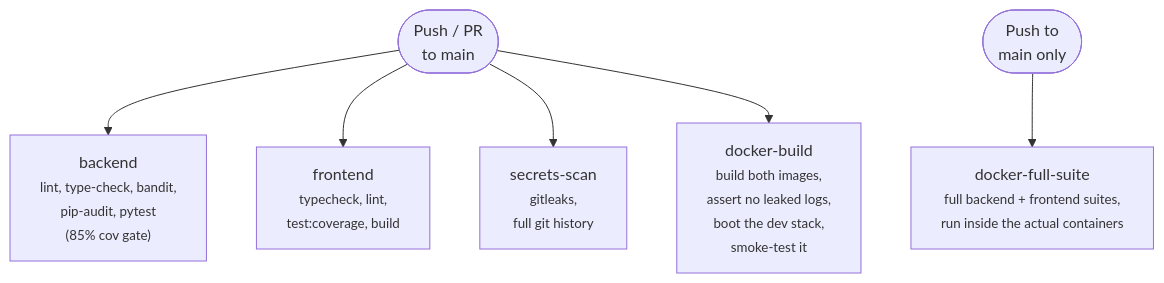
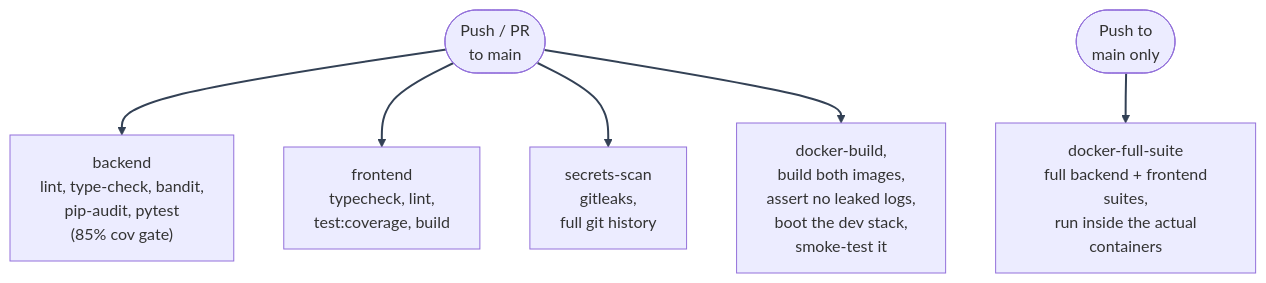
The diagram in docs/mystic_auth/cicd/overview.md (Nachiket-2024/mystic-auth), drawn with Mermaid before and after one commit. The commit also changed other lines of this file and 630 other files, not shown here.

````diff
--- a/docs/mystic_auth/cicd/overview.md
+++ b/docs/mystic_auth/cicd/overview.md
@@ -13,11 +15,13 @@
 ```mermaid
+%%{init: {"themeVariables": {"lineColor": "#334155"}} }%%
 flowchart TD
-    Trigger(["Push / PR<br/>to main"])
-    TriggerMain(["Push to<br/>main only"])
+    Trigger(["Push / PR<br/> to main"])
+    TriggerMain(["Push to<br/> main only"])
 
-    Trigger --> Backend["backend<br/><small>lint, type-check, bandit,<br/>pip-audit, pytest<br/>(85% cov gate)</small>"]
-    Trigger --> Frontend["frontend<br/><small>typecheck, lint,<br/>test:coverage, build</small>"]
-    Trigger --> Secrets["secrets-scan<br/><small>gitleaks,<br/>full git history</small>"]
-    Trigger --> DockerBuild["docker-build<br/><small>build both images,<br/>assert no leaked logs,<br/>boot the dev stack,<br/>smoke-test it</small>"]
-    TriggerMain --> DockerFullSuite["docker-full-suite<br/><small>full backend + frontend suites,<br/>run inside the actual containers</small>"]
+    Trigger --> Backend["backend<br/> lint, type-check, bandit,<br/> pip-audit, pytest<br/> (85% cov gate)"]
+    Trigger --> Frontend["frontend<br/> typecheck, lint,<br/> test:coverage, build"]
+    Trigger --> Secrets["secrets-scan<br/> gitleaks,<br/> full git history"]
+    Trigger --> DockerBuild["docker-build,<br/> build both images,<br/> assert no leaked logs,<br/> boot the dev stack,<br/> smoke-test it"]
+    TriggerMain --> DockerFullSuite["docker-full-suite<br/> full backend + frontend suites,<br/> run inside the actual containers"]
+    linkStyle default stroke:#334155,stroke-width:2px
 ```
````
